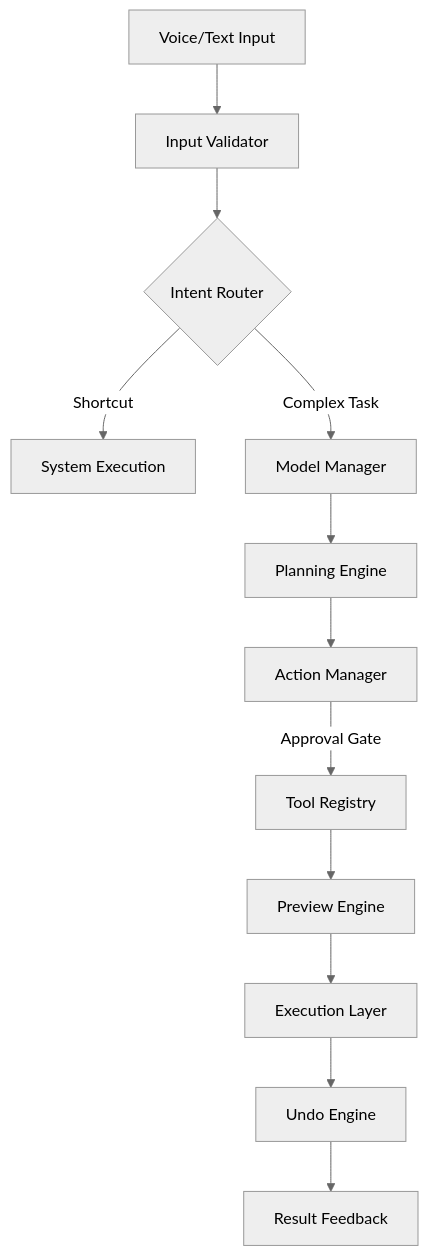
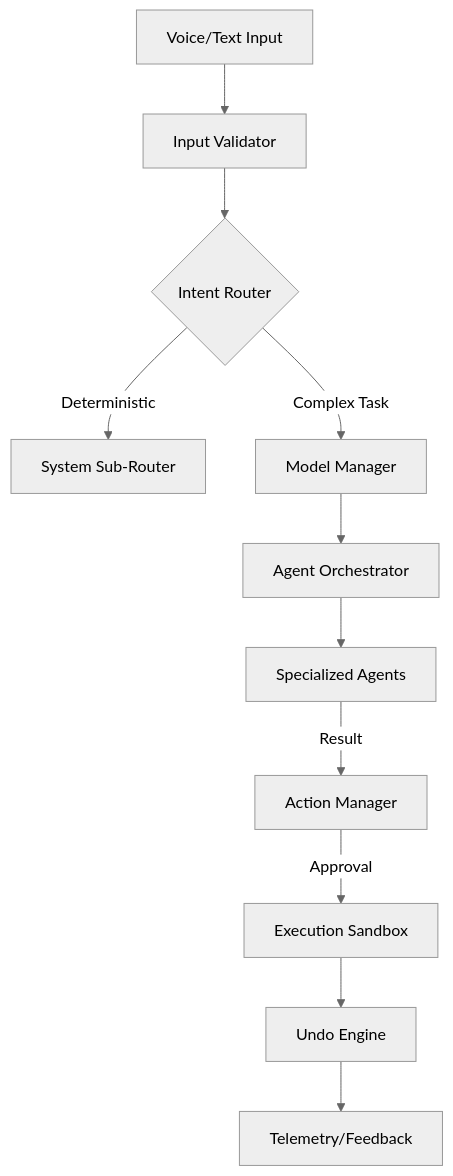
One commit to Sarvadnya07/sherly changed the diagram in README.md. Above: the diagram before and after it, drawn with Mermaid (neutral theme). The commit also changed other lines of this file and 69 other files, not shown here.

````diff
--- a/README.md
+++ b/README.md
@@ -56,14 +56,13 @@
 ```mermaid
 graph TD
     A[Voice/Text Input] --> B[Input Validator]
     B --> C{Intent Router}
-    C -->|Shortcut| D[System Execution]
+    C -->|Deterministic| D[System Sub-Router]
     C -->|Complex Task| E[Model Manager]
-    E --> F[Planning Engine]
-    F --> G[Action Manager]
-    G -->|Approval Gate| H[Tool Registry]
-    H --> I[Preview Engine]
-    I --> J[Execution Layer]
-    J --> K[Undo Engine]
-    K --> L[Result Feedback]
+    E --> F[Agent Orchestrator]
+    F --> G[Specialized Agents]
+    G -->|Result| H[Action Manager]
+    H -->|Approval| I[Execution Sandbox]
+    I --> J[Undo Engine]
+    J --> K[Telemetry/Feedback]
 ```
````
